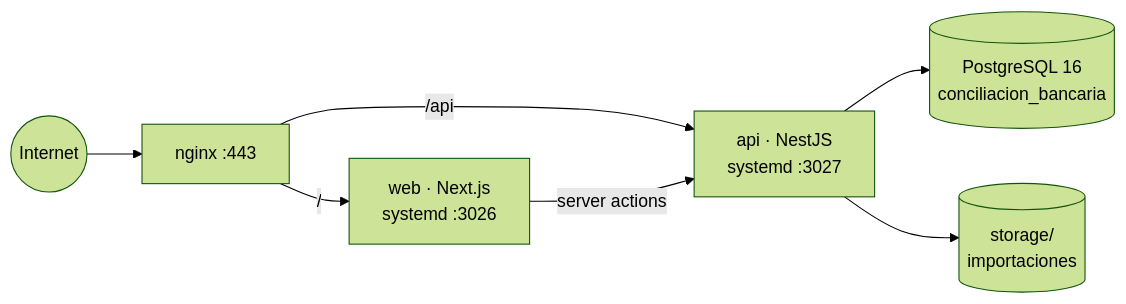
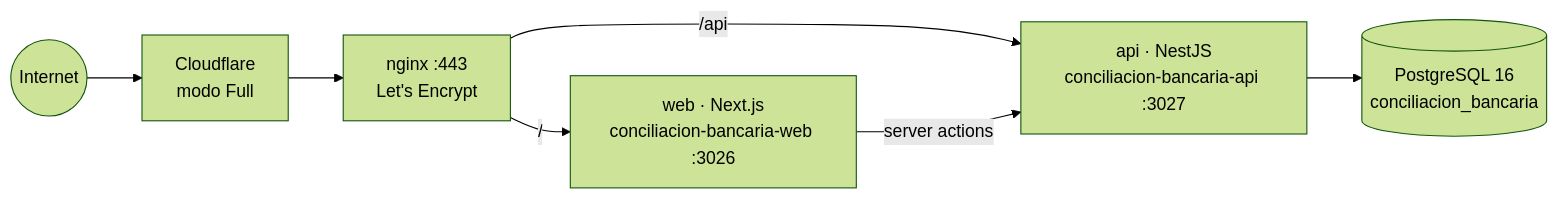
One commit to Jose27luis/conciliacion-bancaria changed the fifth of 15 diagrams in README.md. Above: the diagram before and after it, drawn with Mermaid (forest theme). The commit also changed other lines of this file, not shown here.

````diff
--- a/README.md
+++ b/README.md
@@ -233,9 +233,9 @@
 ```mermaid
 flowchart LR
-    I((Internet)) --> N[nginx :443]
-    N -->|/| W[web · Next.js<br/>systemd :3026]
-    N -->|/api| A[api · NestJS<br/>systemd :3027]
+    I((Internet)) --> CF[Cloudflare<br/>modo Full]
+    CF --> N[nginx :443<br/>Let's Encrypt]
+    N -->|/| W[web · Next.js<br/>conciliacion-bancaria-web :3026]
+    N -->|/api| A[api · NestJS<br/>conciliacion-bancaria-api :3027]
     W -->|server actions| A
     A --> PG[(PostgreSQL 16<br/>conciliacion_bancaria)]
-    A --> FS[(storage/<br/>importaciones)]
 ```
````
